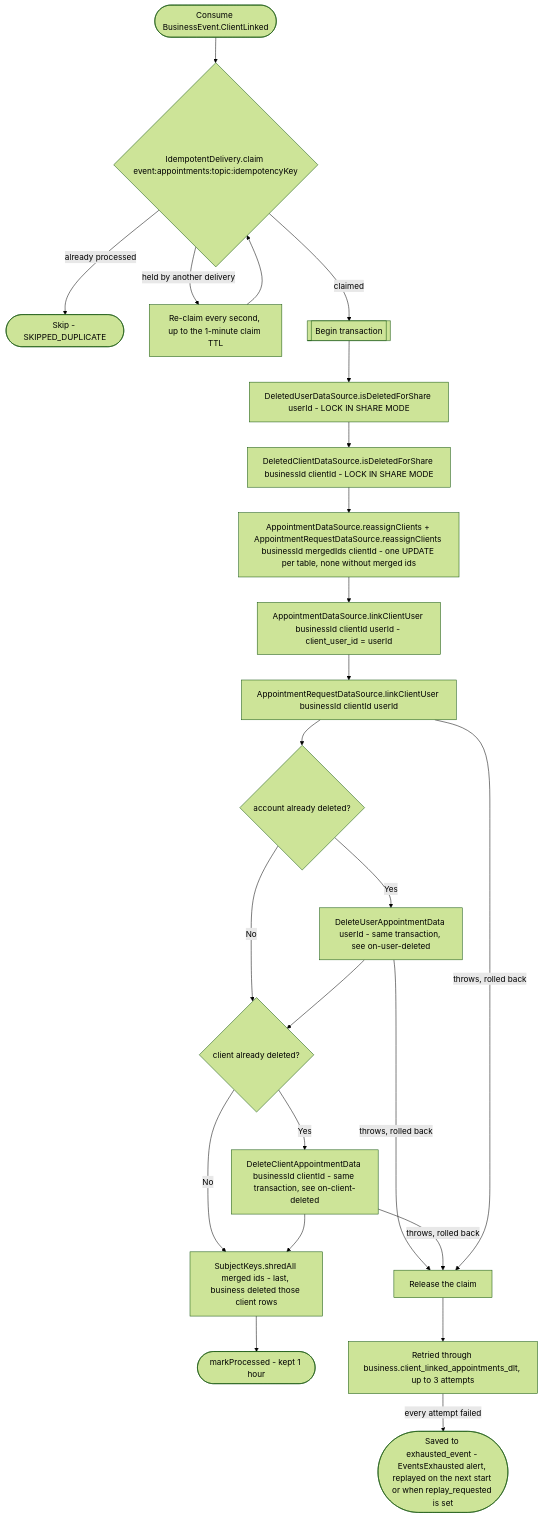
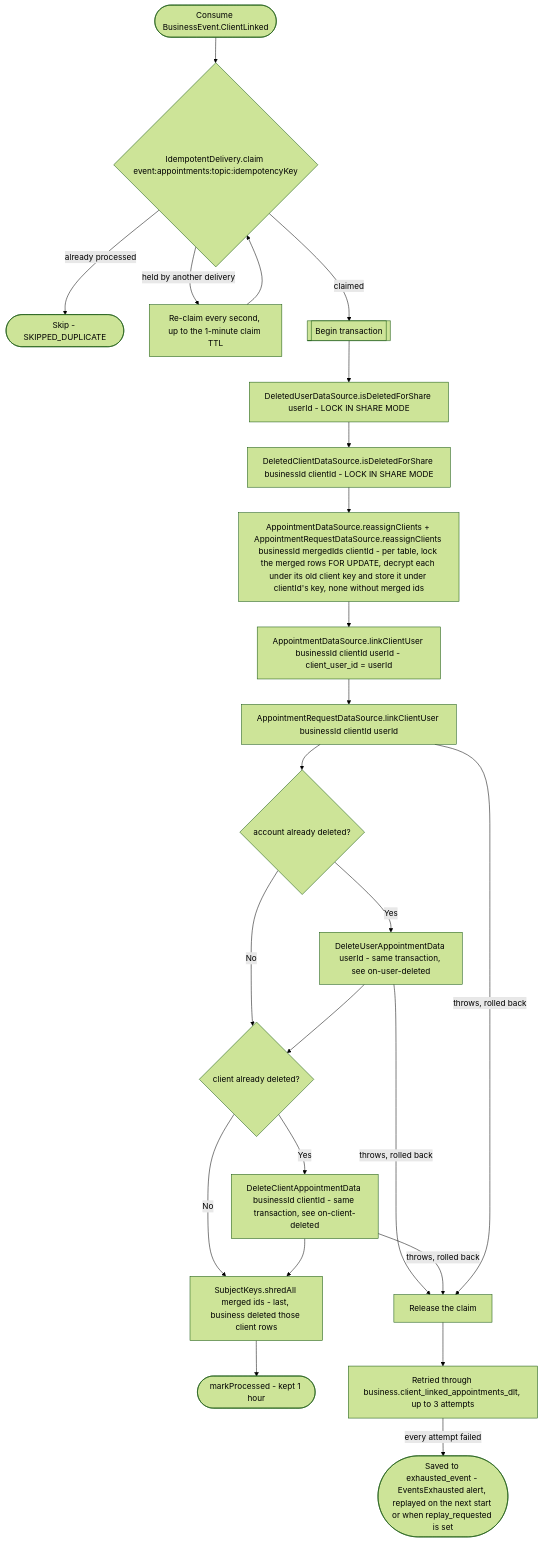
Before and after one commit to nocturneproperties/bookkme: the diagram in docs/operations/appointments/on-client-linked.md, drawn with Mermaid (forest theme). The commit also changed other lines of this file and 33 other files, not shown here.

Commit message:
[ISSUE-157] encrypt appointment service personal data

````diff
--- a/docs/operations/appointments/on-client-linked.md
+++ b/docs/operations/appointments/on-client-linked.md
@@ -53,25 +54,25 @@
 ```mermaid
 flowchart TD
     Start([Consume BusinessEvent.ClientLinked]) --> Claim{"IdempotentDelivery.claim event:appointments:topic:idempotencyKey"}
     Claim -- already processed --> Skip([Skip - SKIPPED_DUPLICATE])
     Claim -- held by another delivery --> Wait[Re-claim every second, up to the 1-minute claim TTL] --> Claim
     Claim -- claimed --> Tx[[Begin transaction]]
     Tx --> Deleted["DeletedUserDataSource.isDeletedForShare userId - LOCK IN SHARE MODE"]
     Deleted --> ClientDeleted["DeletedClientDataSource.isDeletedForShare businessId clientId - LOCK IN SHARE MODE"]
-    ClientDeleted --> Move["AppointmentDataSource.reassignClients + AppointmentRequestDataSource.reassignClients businessId mergedIds clientId - one UPDATE per table, none without merged ids"]
+    ClientDeleted --> Move["AppointmentDataSource.reassignClients + AppointmentRequestDataSource.reassignClients businessId mergedIds clientId - per table, lock the merged rows FOR UPDATE, decrypt each under its old client key and store it under clientId's key, none without merged ids"]
     Move --> LinkA["AppointmentDataSource.linkClientUser businessId clientId userId - client_user_id = userId"]
     LinkA --> LinkR["AppointmentRequestDataSource.linkClientUser businessId clientId userId"]
     LinkR --> Was{account already deleted?}
     Was -- No --> WasClient
     Was -- Yes --> Erase["DeleteUserAppointmentData userId - same transaction, see on-user-deleted"]
     Erase --> WasClient{client already deleted?}
     WasClient -- No --> ShredMerged
     WasClient -- Yes --> EraseClient["DeleteClientAppointmentData businessId clientId - same transaction, see on-client-deleted"]
     EraseClient --> ShredMerged["SubjectKeys.shredAll merged ids - last, business deleted those client rows"]
     ShredMerged --> Processed([markProcessed - kept 1 hour])
     Erase -- throws, rolled back --> Release[Release the claim]
     EraseClient -- throws, rolled back --> Release
     LinkR -- throws, rolled back --> Release
     Release --> Dlt["Retried through business.client_linked_appointments_dlt, up to 3 attempts"]
     Dlt -- every attempt failed --> Parked(["Saved to exhausted_event - EventsExhausted alert, replayed on the next start or when replay_requested is set"])
 ```
````
